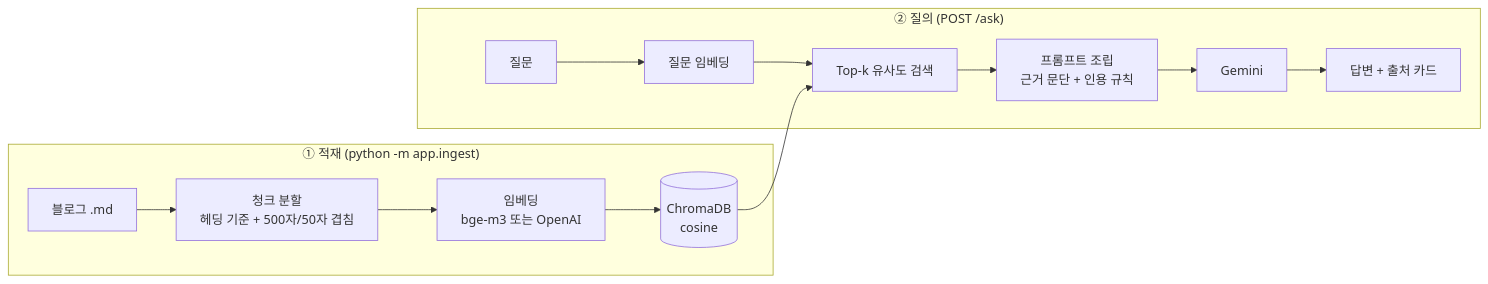
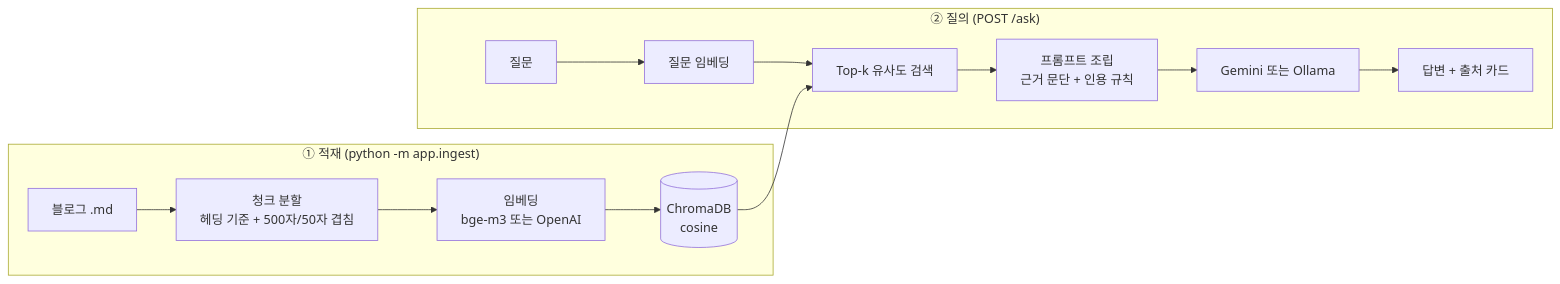
Before and after one commit to ckdtjs505/sonia-wiki: the first of 2 diagrams in README.md, drawn with Mermaid. The commit also changed other lines of this file, not shown here.

````diff
--- a/README.md
+++ b/README.md
@@ -12,16 +13,16 @@
 ```mermaid
 flowchart LR
   subgraph 적재["① 적재 (python -m app.ingest)"]
     A[블로그 .md] --> B[청크 분할<br/>헤딩 기준 + 500자/50자 겹침]
     B --> C[임베딩<br/>bge-m3 또는 OpenAI]
     C --> D[(ChromaDB<br/>cosine)]
   end
   subgraph 질의["② 질의 (POST /ask)"]
     Q[질문] --> E[질문 임베딩]
     E --> F[Top-k 유사도 검색]
     D --> F
     F --> G[프롬프트 조립<br/>근거 문단 + 인용 규칙]
-    G --> H[Gemini]
+    G --> H[Gemini 또는 Ollama]
     H --> I[답변 + 출처 카드]
   end
 ```
````
